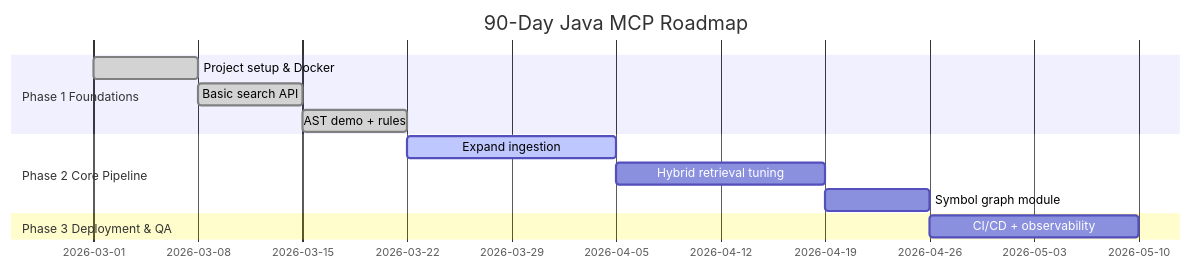
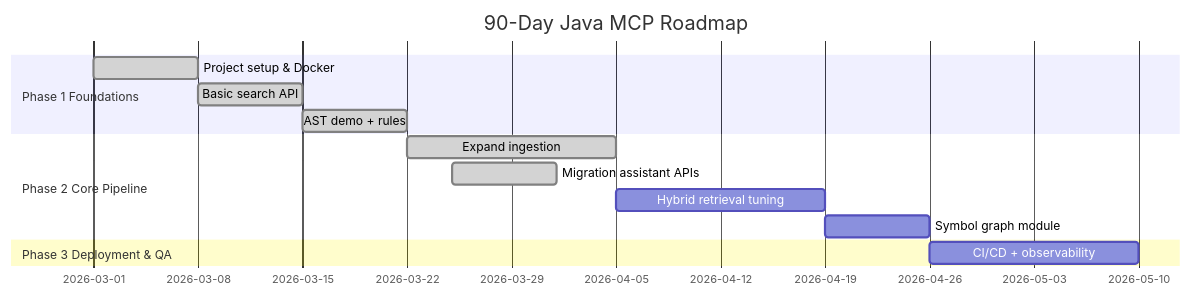
The second of 2 diagrams in README.md (MicFabian/JMCP), drawn with Mermaid before and after one commit. The commit also changed other lines of this file and 22 other files, not shown here.

Commit message:
feat: add migration assistant across REST GraphQL gRPC and native MCP

````diff
--- a/README.md
+++ b/README.md
@@ -538,15 +558,16 @@
 ```mermaid
 gantt
     title 90-Day Java MCP Roadmap
     dateFormat  YYYY-MM-DD
     section Phase 1 Foundations
     Project setup & Docker      :done, p1a, 2026-03-01, 7d
     Basic search API            :done, p1b, 2026-03-08, 7d
     AST demo + rules            :done, p1c, 2026-03-15, 7d
     section Phase 2 Core Pipeline
-    Expand ingestion            :active, p2a, 2026-03-22, 14d
+    Expand ingestion            :done, p2a, 2026-03-22, 14d
+    Migration assistant APIs    :done, p2d, 2026-03-25, 7d
     Hybrid retrieval tuning     :p2b, 2026-04-05, 14d
     Symbol graph module         :p2c, 2026-04-19, 7d
     section Phase 3 Deployment & QA
     CI/CD + observability       :p3a, 2026-04-26, 14d
 ```
````
